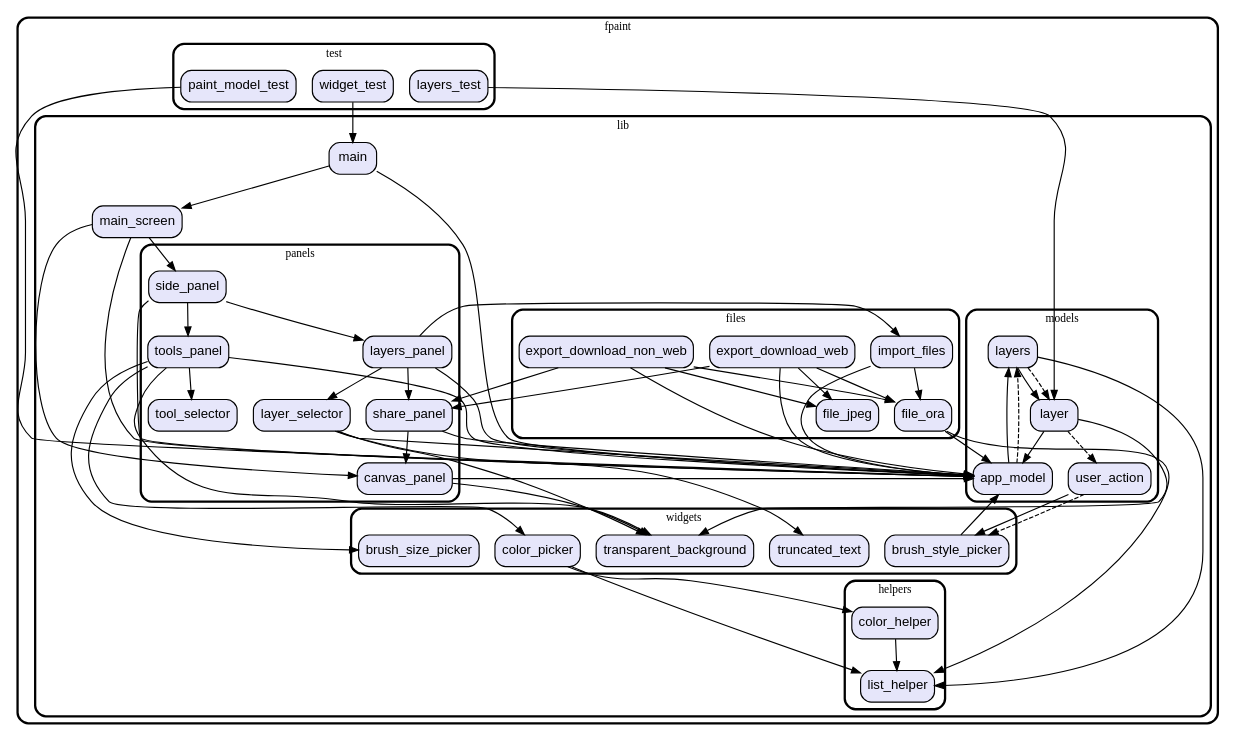
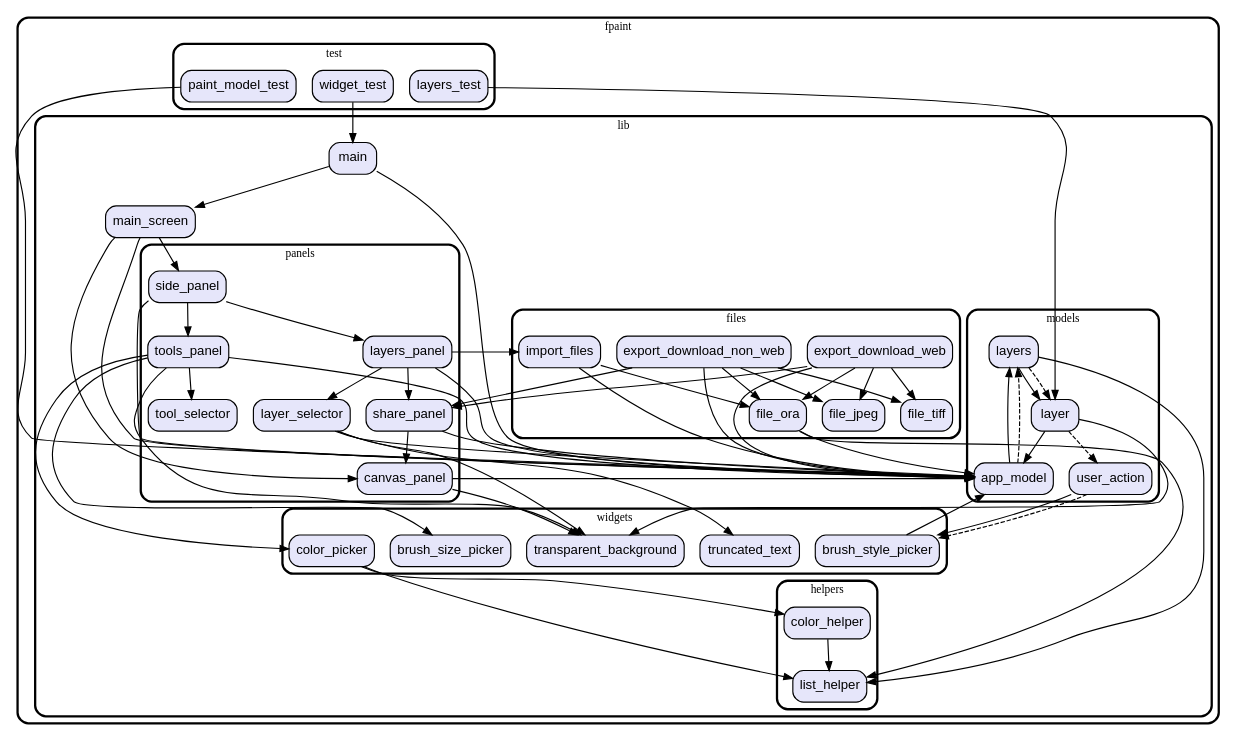
Before and after one commit to vteam-com/fPaint: the diagram in graph.dot, drawn with Graphviz. The commit also changed 10 other files, not shown here.

```diff
--- a/graph.dot
+++ b/graph.dot
@@ -1,138 +1,142 @@
 digraph "" {
   graph [style=rounded fontname="Arial Black" fontsize=13 penwidth=2.6];
   node [shape=rect style="filled,rounded" fontname=Arial fontsize=15 fillcolor=Lavender penwidth=1.3];
   edge [penwidth=1.3];
   "/test/paint_model_test.dart" [label="paint_model_test"];
   "/test/widget_test.dart" [label="widget_test"];
   "/test/layers_test.dart" [label="layers_test"];
   "/lib/panels/tool_selector.dart" [label="tool_selector"];
   "/lib/panels/canvas_panel.dart" [label="canvas_panel"];
   "/lib/panels/layer_selector.dart" [label="layer_selector"];
   "/lib/panels/side_panel.dart" [label="side_panel"];
   "/lib/panels/share_panel.dart" [label="share_panel"];
   "/lib/panels/tools_panel.dart" [label="tools_panel"];
   "/lib/panels/layers_panel.dart" [label="layers_panel"];
   "/lib/models/layers.dart" [label="layers"];
   "/lib/models/user_action.dart" [label="user_action"];
   "/lib/models/app_model.dart" [label="app_model"];
   "/lib/models/layer.dart" [label="layer"];
   "/lib/main.dart" [label="main"];
   "/lib/files/file_jpeg.dart" [label="file_jpeg"];
   "/lib/files/export_download_web.dart" [label="export_download_web"];
   "/lib/files/file_ora.dart" [label="file_ora"];
   "/lib/files/export_download_non_web.dart" [label="export_download_non_web"];
   "/lib/files/import_files.dart" [label="import_files"];
+  "/lib/files/file_tiff.dart" [label="file_tiff"];
   "/lib/main_screen.dart" [label="main_screen"];
   "/lib/helpers/list_helper.dart" [label="list_helper"];
   "/lib/helpers/color_helper.dart" [label="color_helper"];
   "/lib/widgets/truncated_text.dart" [label="truncated_text"];
   "/lib/widgets/brush_size_picker.dart" [label="brush_size_picker"];
   "/lib/widgets/transparent_background.dart" [label="transparent_background"];
   "/lib/widgets/brush_style_picker.dart" [label="brush_style_picker"];
   "/lib/widgets/color_picker.dart" [label="color_picker"];
   subgraph "cluster~" {
     label="fpaint";
     subgraph "cluster~/test" {
       label="test";
       "/test/paint_model_test.dart";
       "/test/widget_test.dart";
       "/test/layers_test.dart";
     }
     subgraph "cluster~/lib" {
       label="lib";
       "/lib/main.dart";
       "/lib/main_screen.dart";
       subgraph "cluster~/lib/panels" {
         label="panels";
         "/lib/panels/tool_selector.dart";
         "/lib/panels/canvas_panel.dart";
         "/lib/panels/layer_selector.dart";
         "/lib/panels/side_panel.dart";
         "/lib/panels/share_panel.dart";
         "/lib/panels/tools_panel.dart";
         "/lib/panels/layers_panel.dart";
       }
       subgraph "cluster~/lib/models" {
         label="models";
         "/lib/models/layers.dart";
         "/lib/models/user_action.dart";
         "/lib/models/app_model.dart";
         "/lib/models/layer.dart";
       }
       subgraph "cluster~/lib/files" {
         label="files";
         "/lib/files/file_jpeg.dart";
         "/lib/files/export_download_web.dart";
         "/lib/files/file_ora.dart";
         "/lib/files/export_download_non_web.dart";
         "/lib/files/import_files.dart";
+        "/lib/files/file_tiff.dart";
       }
       subgraph "cluster~/lib/helpers" {
         label="helpers";
         "/lib/helpers/list_helper.dart";
         "/lib/helpers/color_helper.dart";
       }
       subgraph "cluster~/lib/widgets" {
         label="widgets";
         "/lib/widgets/truncated_text.dart";
         "/lib/widgets/brush_size_picker.dart";
         "/lib/widgets/transparent_background.dart";
         "/lib/widgets/brush_style_picker.dart";
         "/lib/widgets/color_picker.dart";
       }
     }
   }
   "/test/paint_model_test.dart" -> "/lib/models/app_model.dart";
   "/test/widget_test.dart" -> "/lib/main.dart";
   "/test/layers_test.dart" -> "/lib/models/layer.dart";
   "/lib/panels/canvas_panel.dart" -> "/lib/models/app_model.dart";
   "/lib/panels/canvas_panel.dart" -> "/lib/widgets/transparent_background.dart";
   "/lib/panels/layer_selector.dart" -> "/lib/models/app_model.dart";
   "/lib/panels/layer_selector.dart" -> "/lib/widgets/transparent_background.dart";
   "/lib/panels/layer_selector.dart" -> "/lib/widgets/truncated_text.dart";
   "/lib/panels/side_panel.dart" -> "/lib/models/app_model.dart";
   "/lib/panels/side_panel.dart" -> "/lib/panels/layers_panel.dart";
   "/lib/panels/side_panel.dart" -> "/lib/panels/tools_panel.dart";
   "/lib/panels/share_panel.dart" -> "/lib/models/app_model.dart";
   "/lib/panels/share_panel.dart" -> "/lib/panels/canvas_panel.dart";
   "/lib/panels/tools_panel.dart" -> "/lib/models/app_model.dart";
   "/lib/panels/tools_panel.dart" -> "/lib/panels/tool_selector.dart";
   "/lib/panels/tools_panel.dart" -> "/lib/widgets/brush_size_picker.dart";
   "/lib/panels/tools_panel.dart" -> "/lib/widgets/color_picker.dart";
   "/lib/panels/tools_panel.dart" -> "/lib/widgets/transparent_background.dart";
   "/lib/panels/layers_panel.dart" -> "/lib/files/import_files.dart";
   "/lib/panels/layers_panel.dart" -> "/lib/models/app_model.dart";
   "/lib/panels/layers_panel.dart" -> "/lib/panels/layer_selector.dart";
   "/lib/panels/layers_panel.dart" -> "/lib/panels/share_panel.dart";
   "/lib/models/layers.dart" -> "/lib/helpers/list_helper.dart";
   "/lib/models/layers.dart" -> "/lib/models/layer.dart";
   "/lib/models/layers.dart" -> "/lib/models/layer.dart" [style=dashed];
   "/lib/models/user_action.dart" -> "/lib/widgets/brush_style_picker.dart";
   "/lib/models/user_action.dart" -> "/lib/widgets/brush_style_picker.dart" [style=dashed];
   "/lib/models/app_model.dart" -> "/lib/models/layers.dart";
   "/lib/models/app_model.dart" -> "/lib/models/layers.dart" [style=dashed];
   "/lib/models/layer.dart" -> "/lib/models/app_model.dart";
   "/lib/models/layer.dart" -> "/lib/widgets/transparent_background.dart";
   "/lib/models/layer.dart" -> "/lib/models/user_action.dart" [style=dashed];
   "/lib/main.dart" -> "/lib/main_screen.dart";
   "/lib/main.dart" -> "/lib/models/app_model.dart";
   "/lib/files/export_download_web.dart" -> "/lib/files/file_jpeg.dart";
   "/lib/files/export_download_web.dart" -> "/lib/files/file_ora.dart";
+  "/lib/files/export_download_web.dart" -> "/lib/files/file_tiff.dart";
   "/lib/files/export_download_web.dart" -> "/lib/models/app_model.dart";
   "/lib/files/export_download_web.dart" -> "/lib/panels/share_panel.dart";
   "/lib/files/file_ora.dart" -> "/lib/helpers/list_helper.dart";
   "/lib/files/file_ora.dart" -> "/lib/models/app_model.dart";
   "/lib/files/export_download_non_web.dart" -> "/lib/files/file_jpeg.dart";
   "/lib/files/export_download_non_web.dart" -> "/lib/files/file_ora.dart";
+  "/lib/files/export_download_non_web.dart" -> "/lib/files/file_tiff.dart";
   "/lib/files/export_download_non_web.dart" -> "/lib/models/app_model.dart";
   "/lib/files/export_download_non_web.dart" -> "/lib/panels/share_panel.dart";
   "/lib/files/import_files.dart" -> "/lib/files/file_ora.dart";
   "/lib/files/import_files.dart" -> "/lib/models/app_model.dart";
   "/lib/main_screen.dart" -> "/lib/panels/canvas_panel.dart";
   "/lib/main_screen.dart" -> "/lib/panels/side_panel.dart";
   "/lib/main_screen.dart" -> "/lib/models/app_model.dart";
   "/lib/helpers/color_helper.dart" -> "/lib/helpers/list_helper.dart";
   "/lib/widgets/brush_style_picker.dart" -> "/lib/models/app_model.dart";
   "/lib/widgets/color_picker.dart" -> "/lib/helpers/color_helper.dart";
   "/lib/widgets/color_picker.dart" -> "/lib/helpers/list_helper.dart";
 }
```
